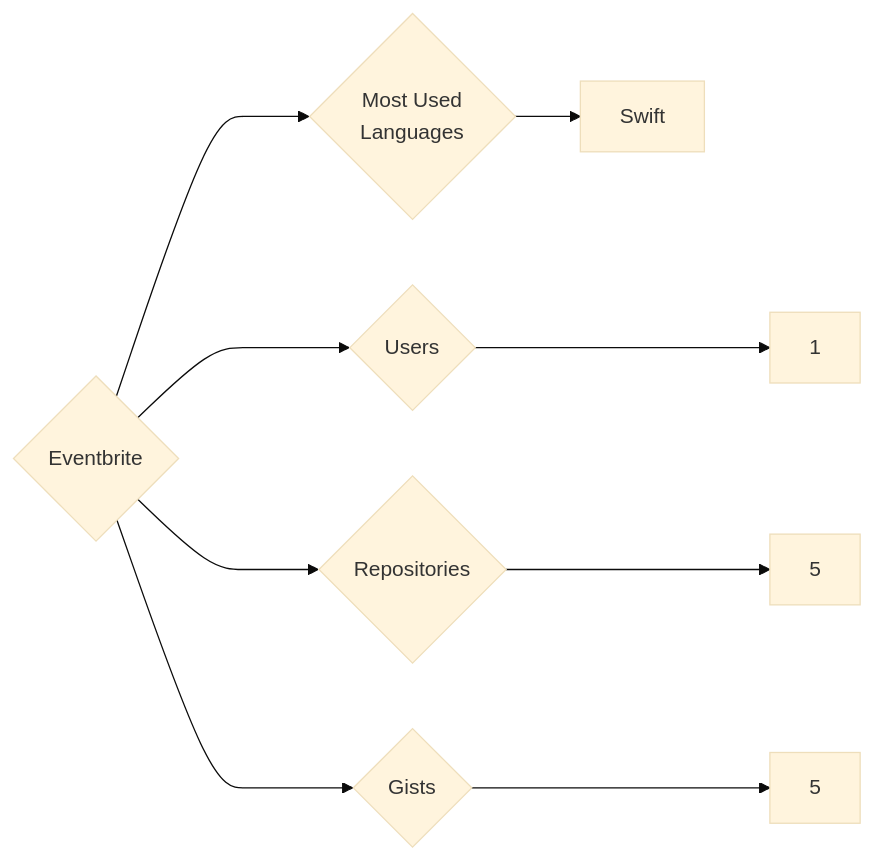
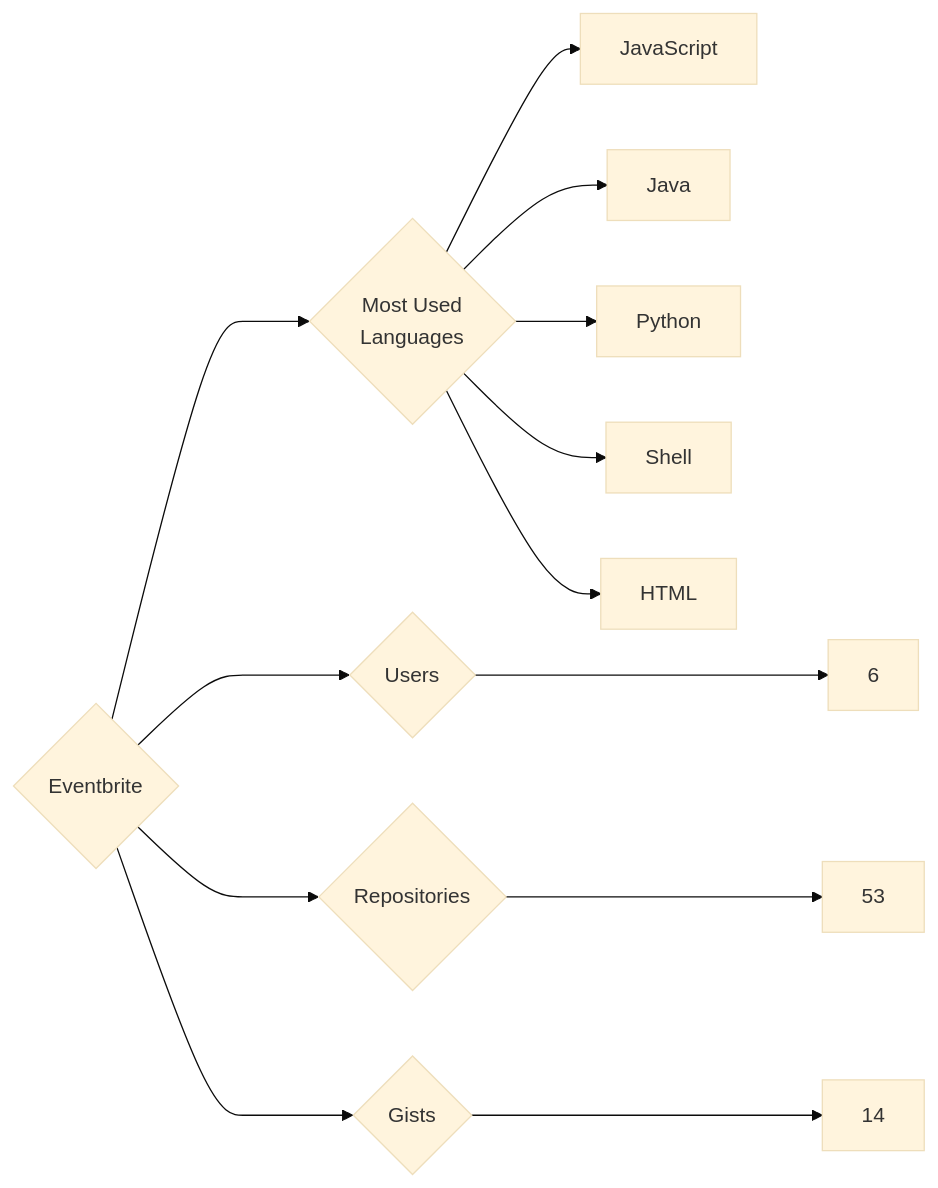
One commit to trickest/insiders changed the diagram in targets/Eventbrite/README.md. Above: the diagram before and after it, drawn with Mermaid (base theme). The commit also changed 1055 other files, not shown here.

````diff
--- a/targets/Eventbrite/README.md
+++ b/targets/Eventbrite/README.md
@@ -3,9 +3,13 @@
 ```mermaid
 graph LR
 COMPANY_NAME{Eventbrite}
-COMPANY_NAME ---> U{Users} ---> UN[1]
-COMPANY_NAME ---> R{Repositories} ---> RN[5]
-COMPANY_NAME ---> G{Gists} ---> GN[5]
+COMPANY_NAME ---> U{Users} ---> UN[6]
+COMPANY_NAME ---> R{Repositories} ---> RN[53]
+COMPANY_NAME ---> G{Gists} ---> GN[14]
 COMPANY_NAME ---> ML{Most Used<br>Languages}
-ML --> Swift[Swift]
+ML --> JavaScript[JavaScript]
+ML --> Java[Java]
+ML --> Python[Python]
+ML --> Shell[Shell]
+ML --> HTML[HTML]
 ```
````
